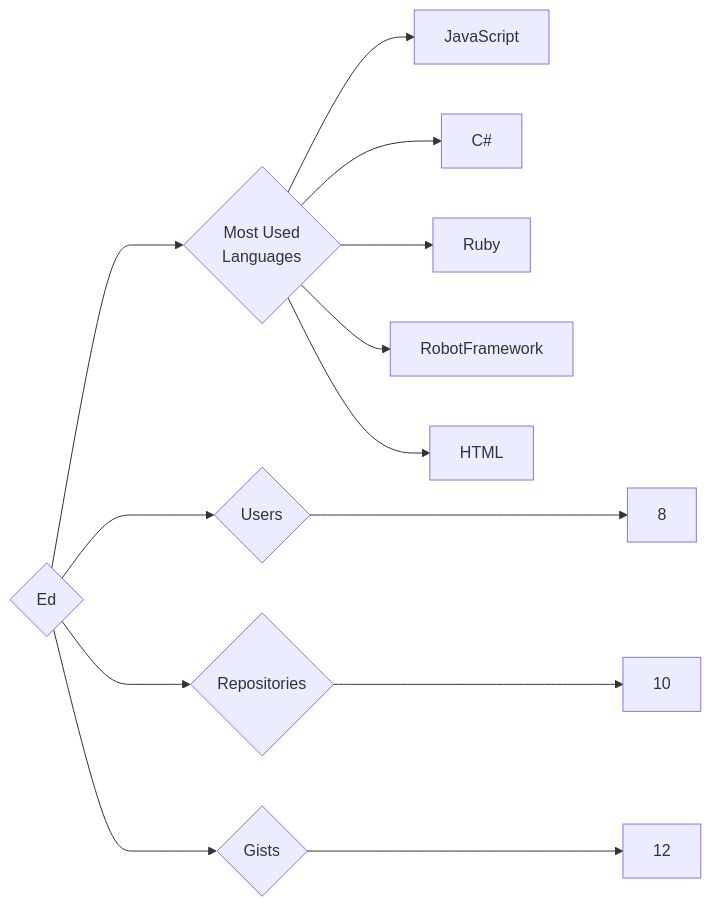
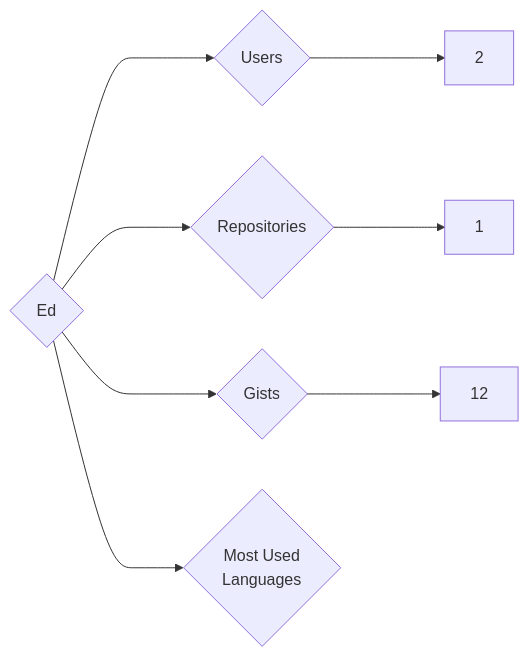
The diagram in targets/Ed/README.md (trickest/insiders), drawn with Mermaid before and after one commit. The commit also changed 880 other files, not shown here.

````diff
--- a/targets/Ed/README.md
+++ b/targets/Ed/README.md
@@ -3,13 +3,8 @@
 ```mermaid
 graph LR
 COMPANY_NAME{Ed}
-COMPANY_NAME ---> U{Users} ---> UN[8]
-COMPANY_NAME ---> R{Repositories} ---> RN[10]
+COMPANY_NAME ---> U{Users} ---> UN[2]
+COMPANY_NAME ---> R{Repositories} ---> RN[1]
 COMPANY_NAME ---> G{Gists} ---> GN[12]
 COMPANY_NAME ---> ML{Most Used<br>Languages}
-ML --> JavaScript[JavaScript]
-ML --> C#[C#]
-ML --> Ruby[Ruby]
-ML --> RobotFramework[RobotFramework]
-ML --> HTML[HTML]
 ```
````
